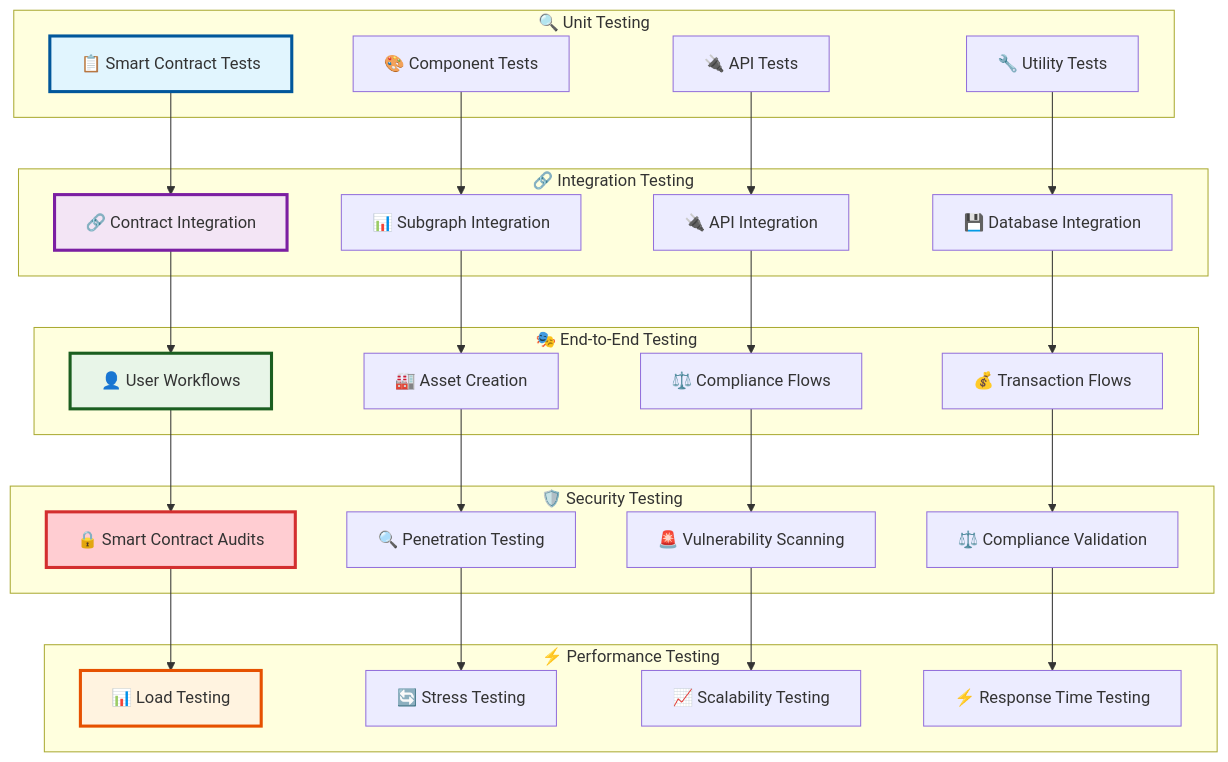
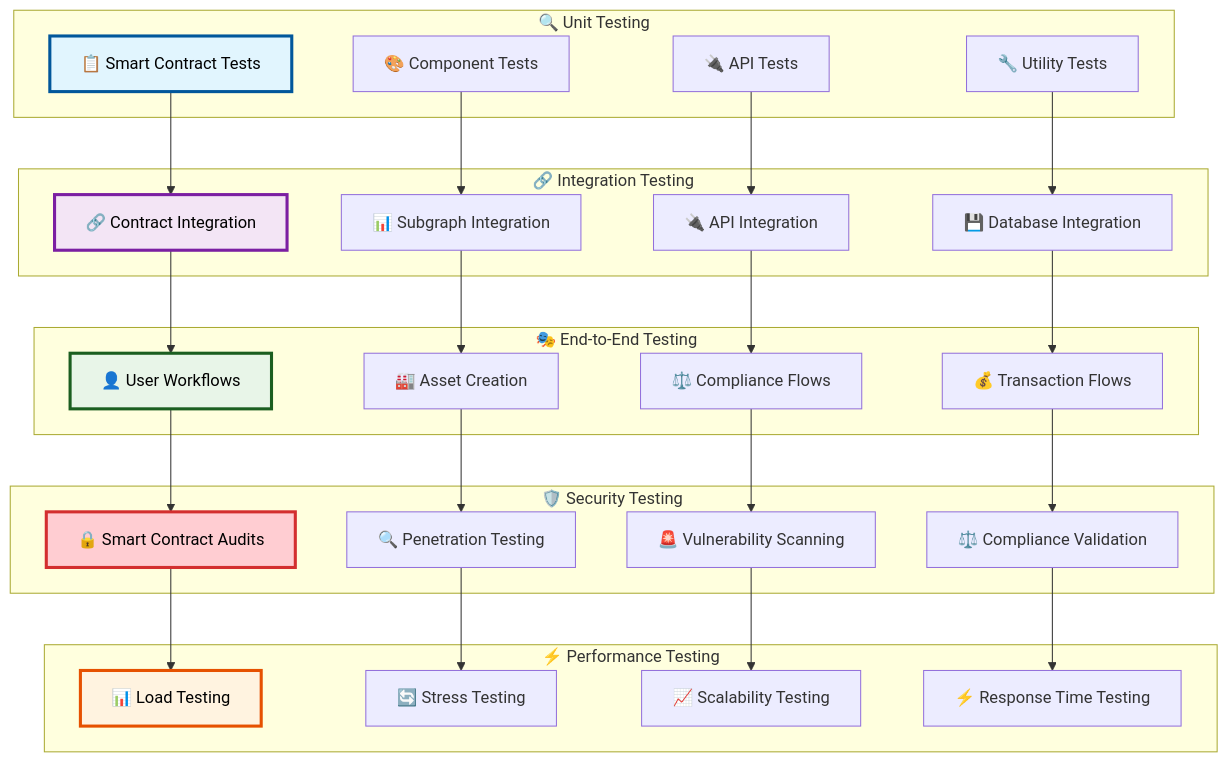
Before and after one commit to settlemint/asset-tokenization-kit: the first of 2 diagrams in designdocs/17-testing-strategy.md, drawn with Mermaid. The commit also changed other lines of this file and 18 other files, not shown here.

````diff
--- a/designdocs/17-testing-strategy.md
+++ b/designdocs/17-testing-strategy.md
@@ -9,60 +9,60 @@
 ```mermaid
 graph TB
     subgraph "🔍 Unit Testing"
         A[📋 Smart Contract Tests]
         B[🎨 Component Tests]
         C[🔌 API Tests]
         D[🔧 Utility Tests]
     end
     
     subgraph "🔗 Integration Testing"
         E[🔗 Contract Integration]
         F[📊 Subgraph Integration]
         G[🔌 API Integration]
         H[💾 Database Integration]
     end
     
     subgraph "🎭 End-to-End Testing"
         I[👤 User Workflows]
         J[🏭 Asset Creation]
         K[⚖️ Compliance Flows]
         L[💰 Transaction Flows]
     end
     
     subgraph "🛡️ Security Testing"
         M[🔒 Smart Contract Audits]
         N[🔍 Penetration Testing]
         O[🚨 Vulnerability Scanning]
         P[⚖️ Compliance Validation]
     end
     
     subgraph "⚡ Performance Testing"
         Q[📊 Load Testing]
         R[🔄 Stress Testing]
         S[📈 Scalability Testing]
         T[⚡ Response Time Testing]
     end
     
     A --> E
     B --> F
     C --> G
     D --> H
     E --> I
     F --> J
     G --> K
     H --> L
     I --> M
     J --> N
     K --> O
     L --> P
     M --> Q
     N --> R
     O --> S
     P --> T
     
-    style A fill:#e1f5fe,stroke:#01579b,stroke-width:3px
-    style E fill:#f3e5f5,stroke:#7b1fa2,stroke-width:3px
-    style I fill:#e8f5e8,stroke:#1b5e20,stroke-width:3px
-    style M fill:#ffcdd2,stroke:#d32f2f,stroke-width:3px
-    style Q fill:#fff3e0,stroke:#e65100,stroke-width:3px
+    style A fill:#e1f5fe,stroke:#01579b,color:#000000,stroke-width:3px
+    style E fill:#f3e5f5,stroke:#7b1fa2,color:#000000,stroke-width:3px
+    style I fill:#e8f5e8,stroke:#1b5e20,color:#000000,stroke-width:3px
+    style M fill:#ffcdd2,stroke:#d32f2f,color:#000000,stroke-width:3px
+    style Q fill:#fff3e0,stroke:#e65100,color:#000000,stroke-width:3px
 ```
````
